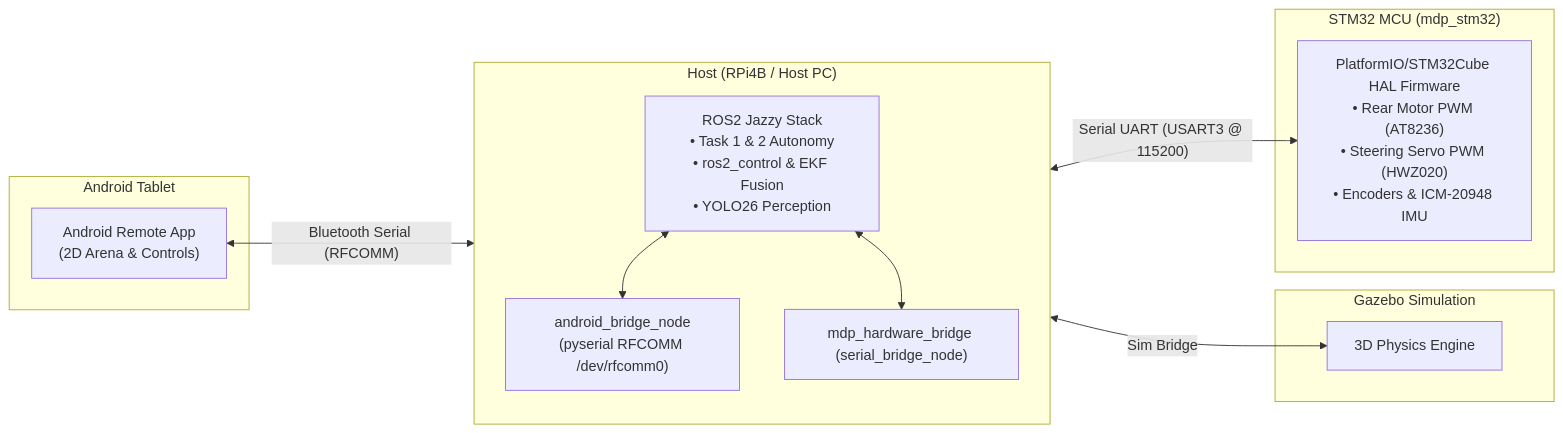
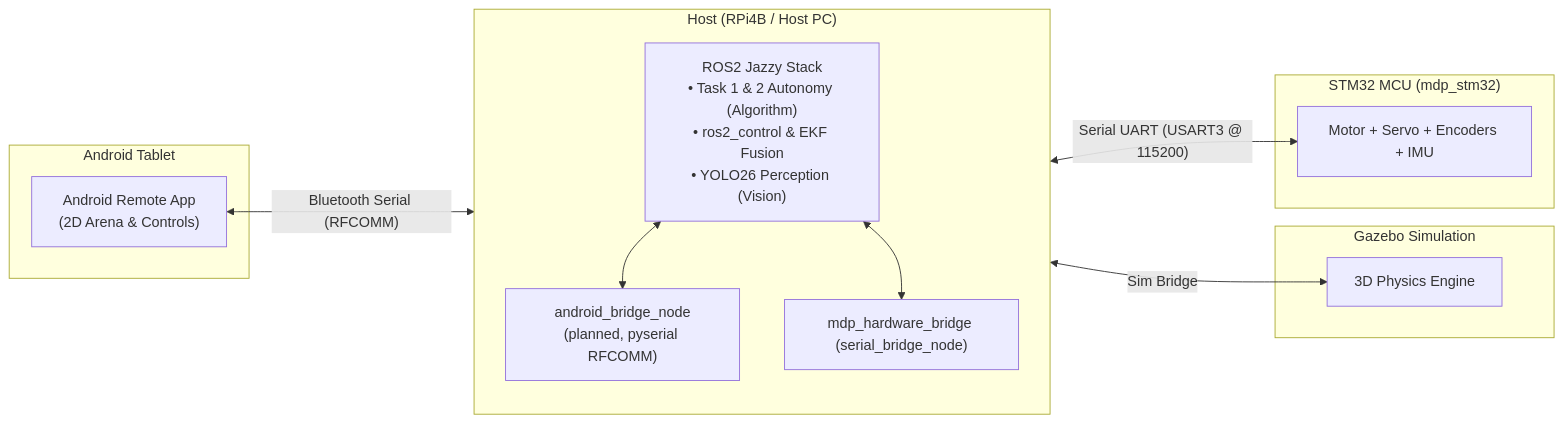
The diagram in docs/index.md (Alvin0523/mdp), drawn with Mermaid before and after one commit. The commit also changed other lines of this file and 20 other files, not shown here.

````diff
--- a/docs/index.md
+++ b/docs/index.md
@@ -32,27 +35,27 @@
 ```mermaid
 graph LR
   subgraph ANDROID["Android Tablet"]
     APP["Android Remote App<br/>(2D Arena & Controls)"]
   end
 
   subgraph HOST["Host (RPi4B / Host PC)"]
     direction TB
-    ROBOTICS["ROS2 Jazzy Stack<br/>• Task 1 & 2 Autonomy<br/>• ros2_control & EKF Fusion<br/>• YOLO26 Perception"]
-    BRIDGE["android_bridge_node<br/>(pyserial RFCOMM /dev/rfcomm0)"]
+    ROBOTICS["ROS2 Jazzy Stack<br/>• Task 1 & 2 Autonomy (Algorithm)<br/>• ros2_control & EKF Fusion<br/>• YOLO26 Perception (Vision)"]
+    BRIDGE["android_bridge_node<br/>(planned, pyserial RFCOMM)"]
     AGENT["mdp_hardware_bridge (serial_bridge_node)"]
     ROBOTICS <--> BRIDGE
     ROBOTICS <--> AGENT
   end
 
   subgraph SIM["Gazebo Simulation"]
     GZ["3D Physics Engine"]
   end
 
   subgraph MCU["STM32 MCU (mdp_stm32)"]
-    FIRMWARE["PlatformIO/STM32Cube HAL Firmware<br/>• Rear Motor PWM (AT8236)<br/>• Steering Servo PWM (HWZ020)<br/>• Encoders & ICM-20948 IMU"]
+    FIRMWARE["Motor + Servo + Encoders + IMU"]
   end
 
   APP <-->|"Bluetooth Serial (RFCOMM)"| BRIDGE
   ROBOTICS <-->|"Sim Bridge"| GZ
   AGENT <-->|"Serial UART (USART3 @ 115200)"| FIRMWARE
 ```
````
